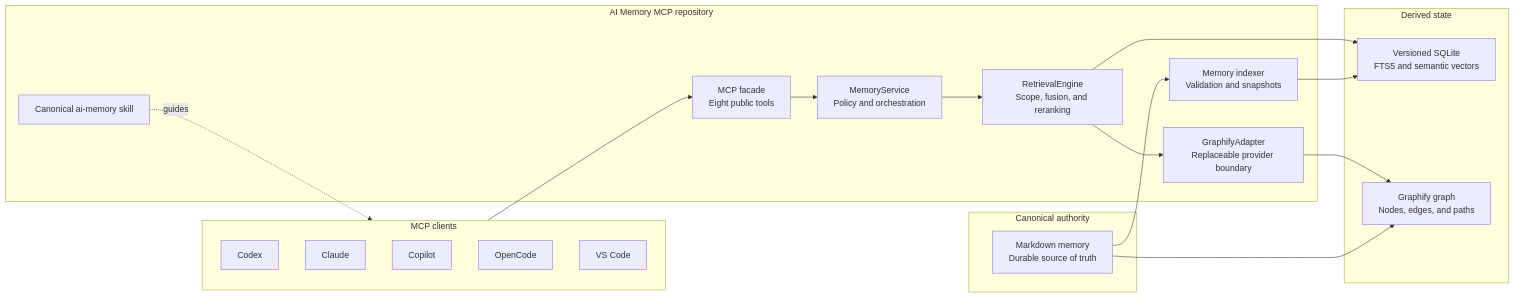
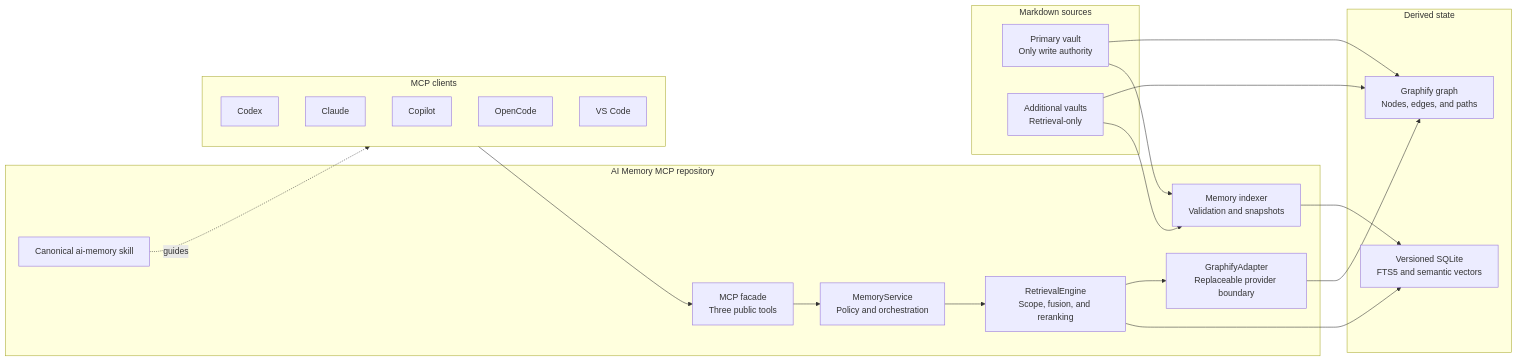
Before and after one commit to moorej2400/ai-memory-mcp: the first of 3 diagrams in README.md, drawn with Mermaid. The commit also changed other lines of this file and 31 other files, not shown here.

Commit message:
feat: add federated memory sources and codebase graph skill

````diff
--- a/README.md
+++ b/README.md
@@ -22,39 +23,42 @@
 ```mermaid
 flowchart LR
     subgraph Clients["MCP clients"]
         Codex[Codex]
         Claude[Claude]
         Copilot[Copilot]
         OpenCode[OpenCode]
         VSCode[VS Code]
     end
 
     subgraph Repository["AI Memory MCP repository"]
-        MCP["MCP facade<br/>Eight public tools"]
+        MCP["MCP facade<br/>Three public tools"]
         Service["MemoryService<br/>Policy and orchestration"]
         Retrieval["RetrievalEngine<br/>Scope, fusion, and reranking"]
         Indexer["Memory indexer<br/>Validation and snapshots"]
         Adapter["GraphifyAdapter<br/>Replaceable provider boundary"]
         Skill["Canonical ai-memory skill"]
     end
 
-    subgraph Authority["Canonical authority"]
-        Markdown["Markdown memory<br/>Durable source of truth"]
+    subgraph Authority["Markdown sources"]
+        Primary["Primary vault<br/>Only write authority"]
+        Additional["Additional vaults<br/>Retrieval-only"]
     end
 
     subgraph Derived["Derived state"]
         SQLite["Versioned SQLite<br/>FTS5 and semantic vectors"]
         Graph["Graphify graph<br/>Nodes, edges, and paths"]
     end
 
     Clients --> MCP
     MCP --> Service
     Service --> Retrieval
     Retrieval --> SQLite
     Retrieval --> Adapter
     Adapter --> Graph
-    Markdown --> Indexer
+    Primary --> Indexer
+    Additional --> Indexer
     Indexer --> SQLite
-    Markdown --> Graph
+    Primary --> Graph
+    Additional --> Graph
     Skill -. guides .-> Clients
 ```
````
